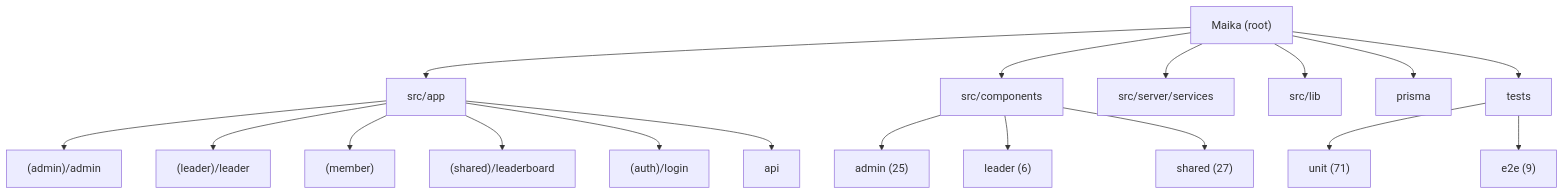
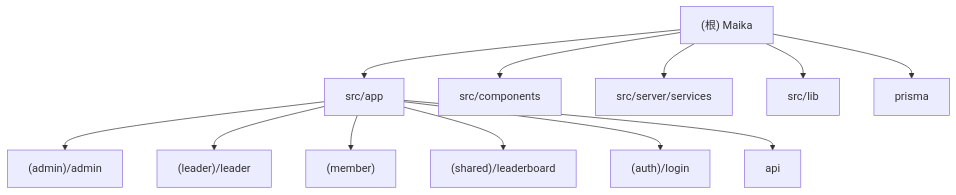
Before and after one commit to hechangjia/tongji: the second of 3 diagrams in CLAUDE.md, drawn with Mermaid. The commit also changed other lines of this file and 1 other file, not shown here.

Commit message:
docs: upgrade design system to 2025 bento box & mono-accent standards

````diff
--- a/CLAUDE.md
+++ b/CLAUDE.md
@@ -55,34 +54,26 @@
 ```mermaid
 graph TD
-    Root["Maika (root)"] --> SrcApp["src/app"]
-    Root --> SrcComp["src/components"]
-    Root --> SrcServer["src/server/services"]
-    Root --> SrcLib["src/lib"]
-    Root --> PrismaDir["prisma"]
-    Root --> Tests["tests"]
+    A["(根) Maika"] --> B["src/app"];
+    A --> C["src/components"];
+    A --> D["src/server/services"];
+    A --> E["src/lib"];
+    A --> F["prisma"];
 
-    SrcApp --> AdminPages["(admin)/admin"]
-    SrcApp --> LeaderPages["(leader)/leader"]
-    SrcApp --> MemberPages["(member)"]
-    SrcApp --> SharedPages["(shared)/leaderboard"]
-    SrcApp --> AuthPages["(auth)/login"]
-    SrcApp --> ApiRoutes["api"]
+    B --> B1["(admin)/admin"];
+    B --> B2["(leader)/leader"];
+    B --> B3["(member)"];
+    B --> B4["(shared)/leaderboard"];
+    B --> B5["(auth)/login"];
+    B --> B6["api"];
 
-    SrcComp --> AdminComp["admin (25)"]
-    SrcComp --> LeaderComp["leader (6)"]
-    SrcComp --> SharedComp["shared (27)"]
-
-    Tests --> UnitTests["unit (71)"]
-    Tests --> E2ETests["e2e (9)"]
-
-    click AdminPages "./src/app/(admin)/admin/CLAUDE.md" "Admin Pages"
-    click LeaderPages "./src/app/(leader)/leader/CLAUDE.md" "Leader Pages"
-    click MemberPages "./src/app/(member)/CLAUDE.md" "Member Pages"
-    click SharedPages "./src/app/(shared)/leaderboard/CLAUDE.md" "Shared Pages"
-    click AuthPages "./src/app/(auth)/login/CLAUDE.md" "Auth Pages"
-    click ApiRoutes "./src/app/api/CLAUDE.md" "API Routes"
-    click SrcServer "./src/server/services/CLAUDE.md" "Service Layer"
-    click SrcLib "./src/lib/CLAUDE.md" "Core Library"
-    click SrcComp "./src/components/CLAUDE.md" "UI Components"
-    click PrismaDir "./prisma/CLAUDE.md" "Database Layer"
+    click B1 "./src/app/(admin)/admin/CLAUDE.md" "查看 Admin 模块文档"
+    click B2 "./src/app/(leader)/leader/CLAUDE.md" "查看 Leader 模块文档"
+    click B3 "./src/app/(member)/CLAUDE.md" "查看 Member 模块文档"
+    click B4 "./src/app/(shared)/leaderboard/CLAUDE.md" "查看 Shared 模块文档"
+    click B5 "./src/app/(auth)/login/CLAUDE.md" "查看 Auth 模块文档"
+    click B6 "./src/app/api/CLAUDE.md" "查看 API 模块文档"
+    click C "./src/components/CLAUDE.md" "查看 Components 模块文档"
+    click D "./src/server/services/CLAUDE.md" "查看 Services 模块文档"
+    click E "./src/lib/CLAUDE.md" "查看 Core Lib 模块文档"
+    click F "./prisma/CLAUDE.md" "查看 Prisma 模块文档"
 ```
````
